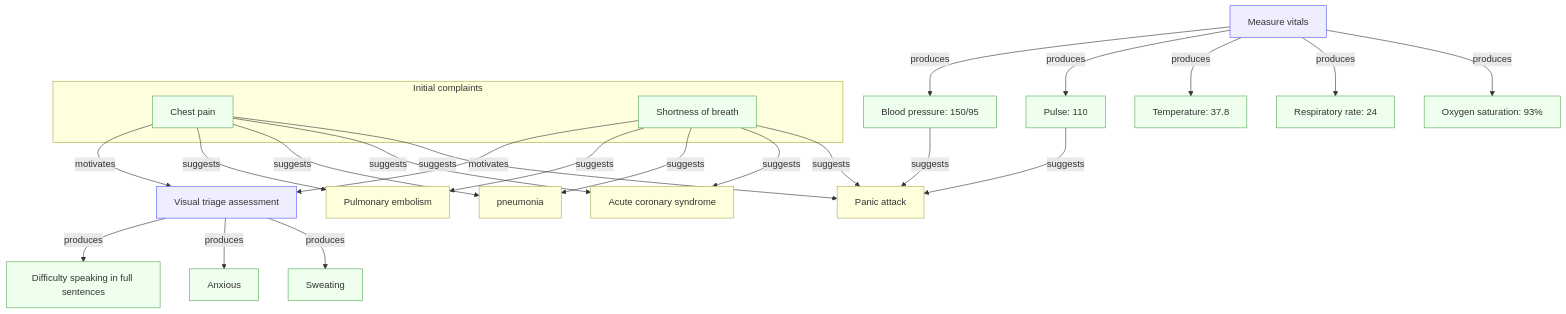
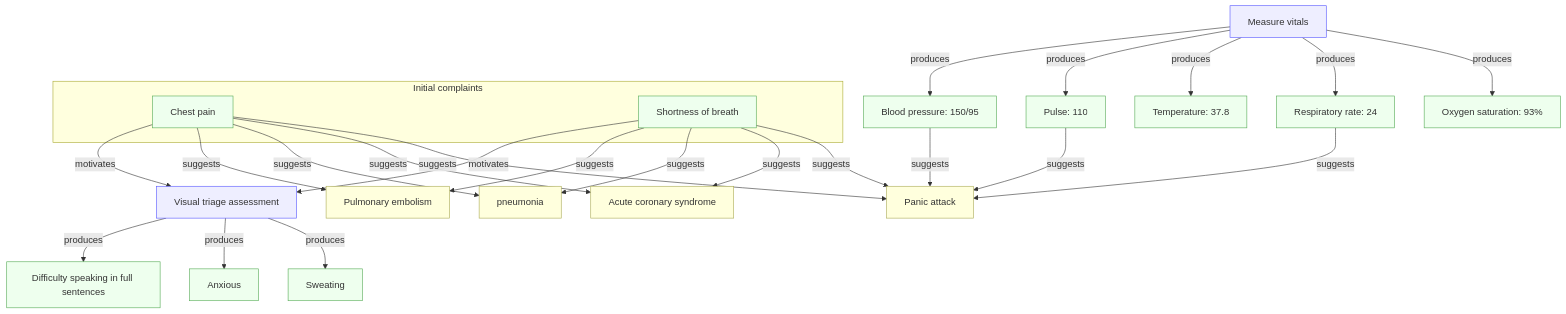
The diagram in diagrams/medical.mmd (kahunacohen/why), drawn with Mermaid before and after one commit.

```diff
--- a/diagrams/medical.mmd
+++ b/diagrams/medical.mmd
@@ -1,74 +1,73 @@
 flowchart TD
 
   %% Initial observations
   subgraph initial["Initial complaints"]
     O1["Chest pain"]
     O2["Shortness of breath"]
   end
 
   %% Actions
   A1["Visual triage assessment"]
   A2["Measure vitals"]
 
   %% Visual triage observations (produced by A1)
   O6["Difficulty speaking in full sentences"]
   O7["Anxious"]
   O8["Sweating"]
 
   %% Vital sign observations (produced by A2)
   O3["Blood pressure: 150/95"]
   O4["Pulse: 110"]
   O5["Temperature: 37.8"]
   O9["Respiratory rate: 24"]
   O10["Oxygen saturation: 93%"]
 
   %% Hypotheses
   H1["Pulmonary embolism"]
   H2["pneumonia"]
   H3["Panic attack"]
   H4["Acute coronary syndrome"]
 
   %% Initial observations motivate actions
   O1 -->|motivates| A1
   O2 -->|motivates| A1
 
   %% Actions produce observations
   A1 -->|produces| O6
   A1 -->|produces| O7
   A1 -->|produces| O8
 
   A2 -->|produces| O3
   A2 -->|produces| O4
   A2 -->|produces| O5
   A2 -->|produces| O9
   A2 -->|produces| O10
 
   %% Observations suggest hypotheses
   %% chest pain can suggest all of these things.
   O1 -->|suggests| H1
   O1 -->|suggests| H2
   O1 -->|suggests| H4
   O1 -->|suggests| H3
 
   %% shortness of breath can also suggest all of these things.
   O2 -->|suggests| H1
   O2 -->|suggests| H2
   O2 -->|suggests| H4
   O2 -->|suggests| H3
 
-  %% High blood pressure can suggest:
+  %% What can suggest a panic attack?
   O3 -->|suggests| H3
-
-  %% pulse can suggest:
   O4 -->|suggests|H3
+  O9 -->|suggests|H3
 
   %% Observations against hypotheses
 
 
   classDef obs fill:#efe,stroke:#5a5
   classDef action fill:#eef,stroke:#55f
   classDef hyp fill:#ffd,stroke:#aa5
 
   class O1,O2,O3,O4,O5,O6,O7,O8,O9,O10 obs
   class A1,A2 action
   class H1,H2,H3,H4 hyp
```
